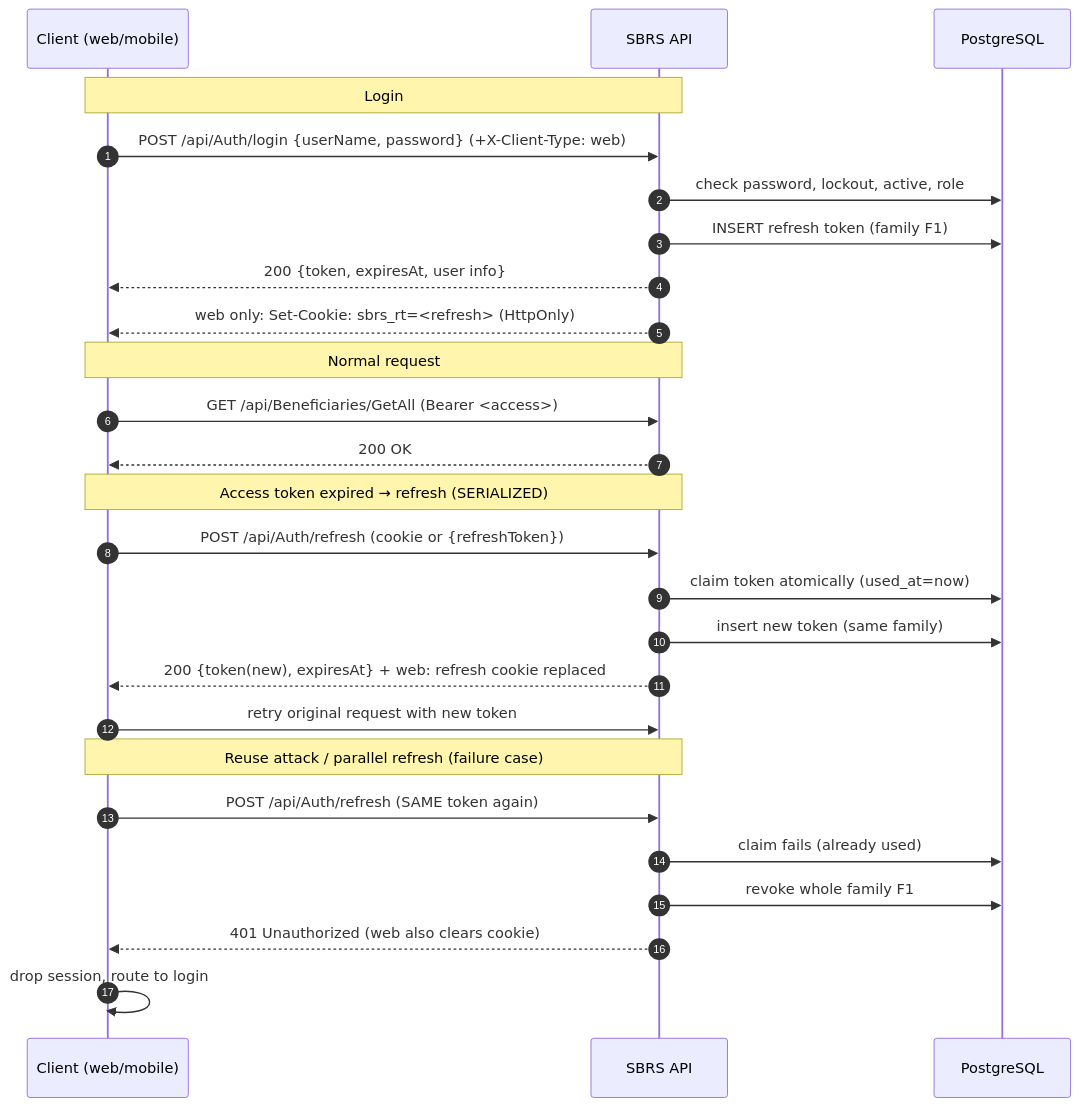
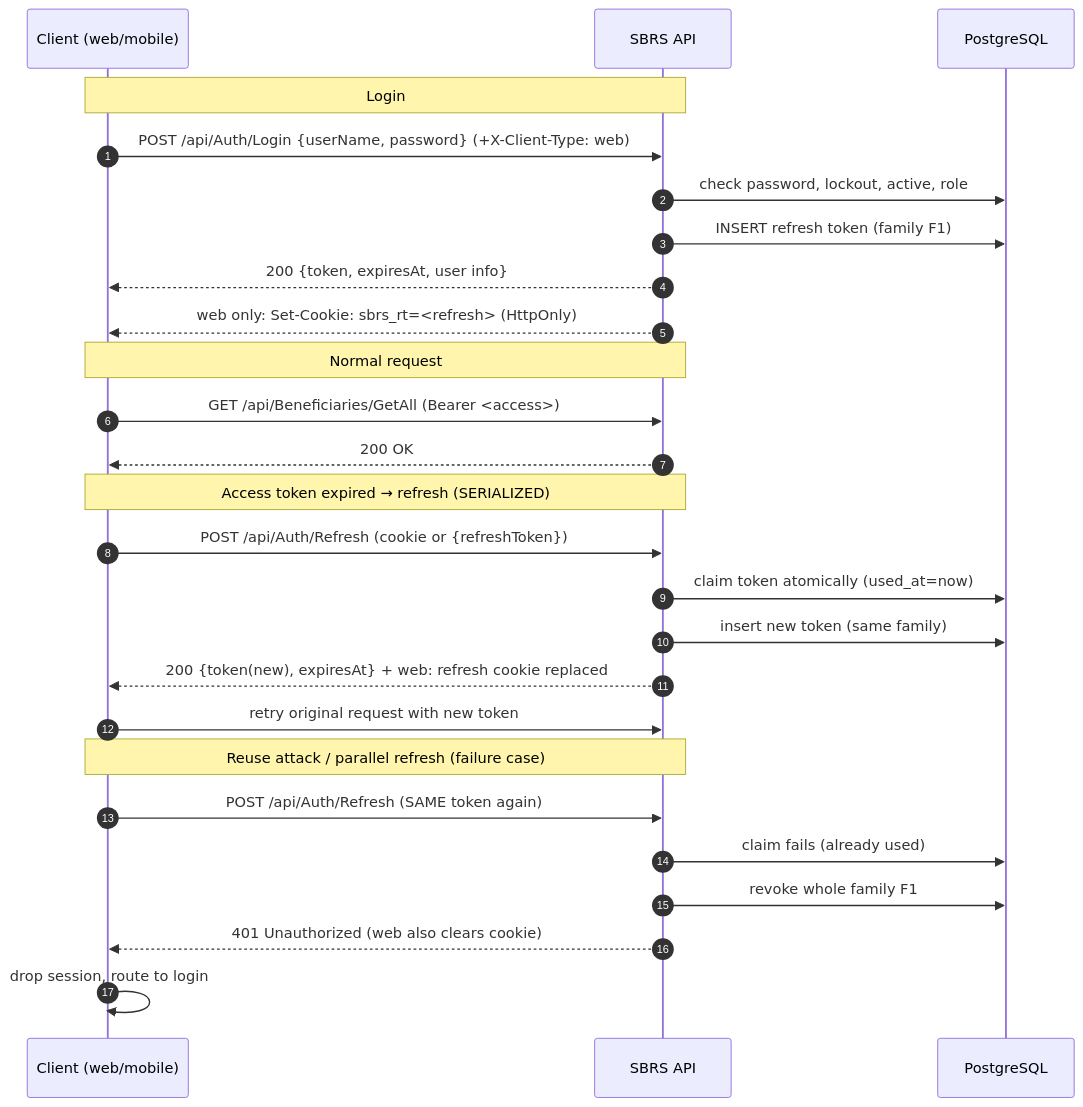
The diagram in docs/03-integration/auth-guide.md (AHMADARBASH/SBRS), drawn with Mermaid before and after one commit. The commit also changed other lines of this file and 36 other files, not shown here.

````diff
--- a/docs/03-integration/auth-guide.md
+++ b/docs/03-integration/auth-guide.md
@@ -146,32 +146,32 @@
 ```mermaid
 sequenceDiagram
     autonumber
     participant C as Client (web/mobile)
     participant A as SBRS API
     participant DB as PostgreSQL
 
     Note over C,A: Login
-    C->>A: POST /api/Auth/login {userName, password} (+X-Client-Type: web)
+    C->>A: POST /api/Auth/Login {userName, password} (+X-Client-Type: web)
     A->>DB: check password, lockout, active, role
     A->>DB: INSERT refresh token (family F1)
     A-->>C: 200 {token, expiresAt, user info}
     A-->>C: web only: Set-Cookie: sbrs_rt=<refresh> (HttpOnly)
 
     Note over C,A: Normal request
     C->>A: GET /api/Beneficiaries/GetAll (Bearer <access>)
     A-->>C: 200 OK
 
     Note over C,A: Access token expired → refresh (SERIALIZED)
-    C->>A: POST /api/Auth/refresh (cookie or {refreshToken})
+    C->>A: POST /api/Auth/Refresh (cookie or {refreshToken})
     A->>DB: claim token atomically (used_at=now)
     A->>DB: insert new token (same family)
     A-->>C: 200 {token(new), expiresAt} + web: refresh cookie replaced
     C->>A: retry original request with new token
 
     Note over C,A: Reuse attack / parallel refresh (failure case)
-    C->>A: POST /api/Auth/refresh (SAME token again)
+    C->>A: POST /api/Auth/Refresh (SAME token again)
     A->>DB: claim fails (already used)
     A->>DB: revoke whole family F1
     A-->>C: 401 Unauthorized (web also clears cookie)
     C->>C: drop session, route to login
 ```
````
